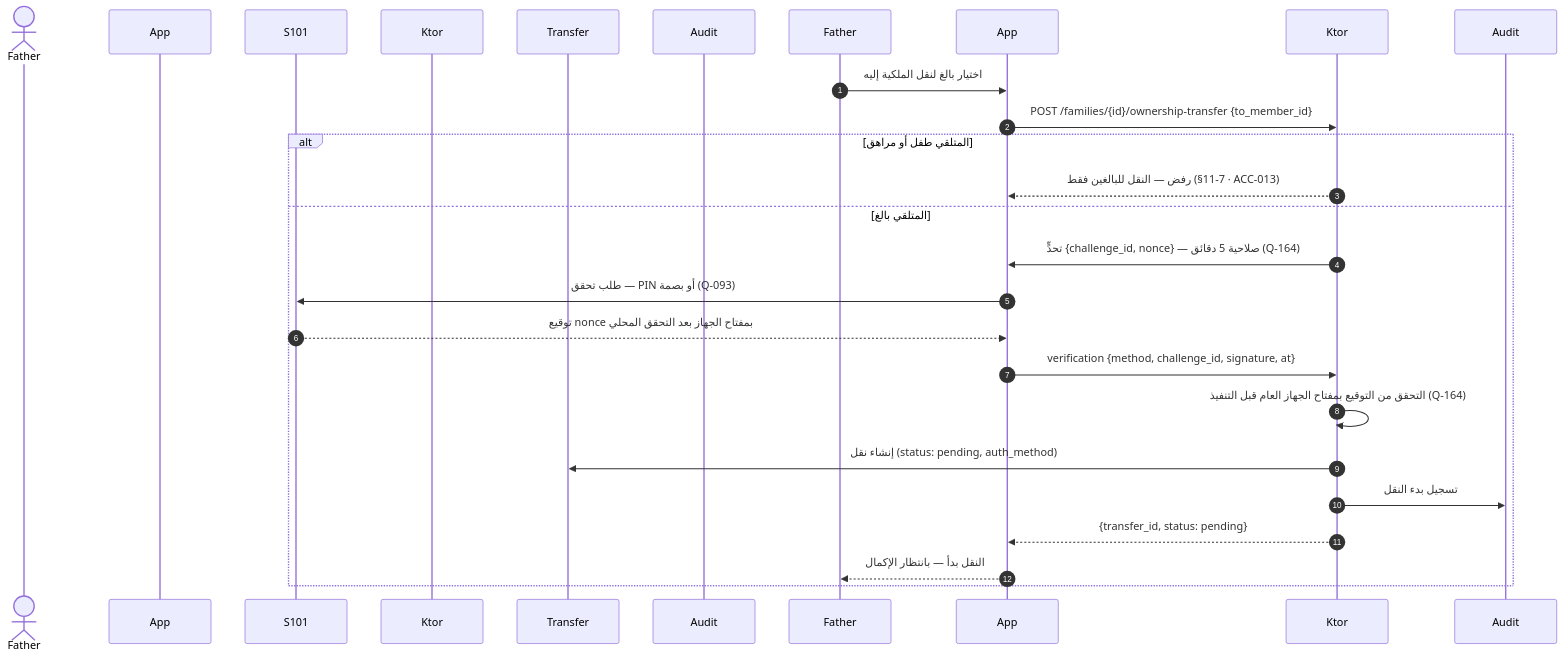
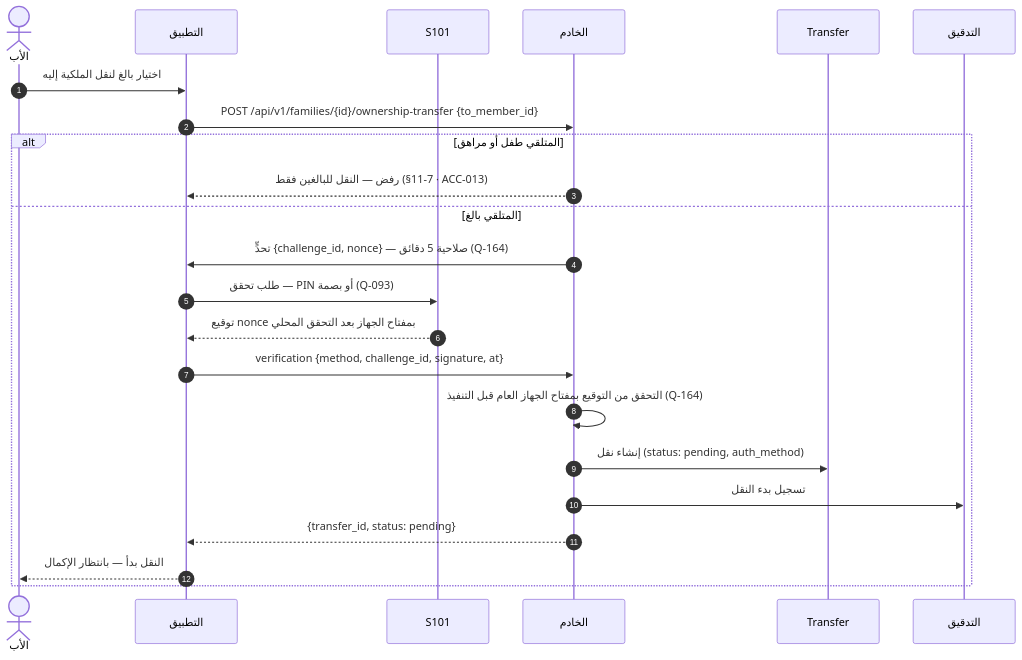
One commit to Bassam-mohammed-alqaeadi/family-os-v2 changed the seventh of 13 diagrams in docs/family-os/governance/phases/phase-1/S1-03-family-roles-and-permissions/DIAGRAMS.md. Above: the diagram before and after it, drawn with Mermaid. The commit also changed other lines of this file and 10 other files, not shown here.

Commit message:
إغلاق المراجعة الشاملة R1–R5 (Q-196…Q-231) — المخططات DIAGRAMS + خريطة السياق (2/4)

````diff
--- a/docs/family-os/governance/phases/phase-1/S1-03-family-roles-and-permissions/DIAGRAMS.md
+++ b/docs/family-os/governance/phases/phase-1/S1-03-family-roles-and-permissions/DIAGRAMS.md
@@ -297,25 +300,25 @@
 ```mermaid
 sequenceDiagram
     autonumber
-    actor الأب as Father
-    participant التطبيق as App
+    actor Father as الأب
+    participant App as التطبيق
     participant البوابة as S101
-    participant الخادم as Ktor
+    participant Ktor as الخادم
     participant النقل as Transfer
-    participant التدقيق as Audit
+    participant Audit as التدقيق
     Father->>App: اختيار بالغ لنقل الملكية إليه
-    App->>Ktor: POST /families/{id}/ownership-transfer {to_member_id}
+    App->>Ktor: POST /api/v1/families/{id}/ownership-transfer {to_member_id}
     alt المتلقي طفل أو مراهق
         Ktor-->>App: رفض — النقل للبالغين فقط (§7-11 · ACC-013)
     else المتلقي بالغ
         Ktor->>App: تحدٍّ {challenge_id, nonce} — صلاحية 5 دقائق (Q-164)
         App->>البوابة: طلب تحقق — PIN أو بصمة (Q-093)
         البوابة-->>App: توقيع nonce بمفتاح الجهاز بعد التحقق المحلي
         App->>Ktor: verification {method, challenge_id, signature, at}
         Ktor->>Ktor: التحقق من التوقيع بمفتاح الجهاز العام قبل التنفيذ (Q-164)
         Ktor->>النقل: إنشاء نقل (status: pending, auth_method)
         Ktor->>Audit: تسجيل بدء النقل
         Ktor-->>App: {transfer_id, status: pending}
         App-->>Father: النقل بدأ — بانتظار الإكمال
     end
 ```
````
